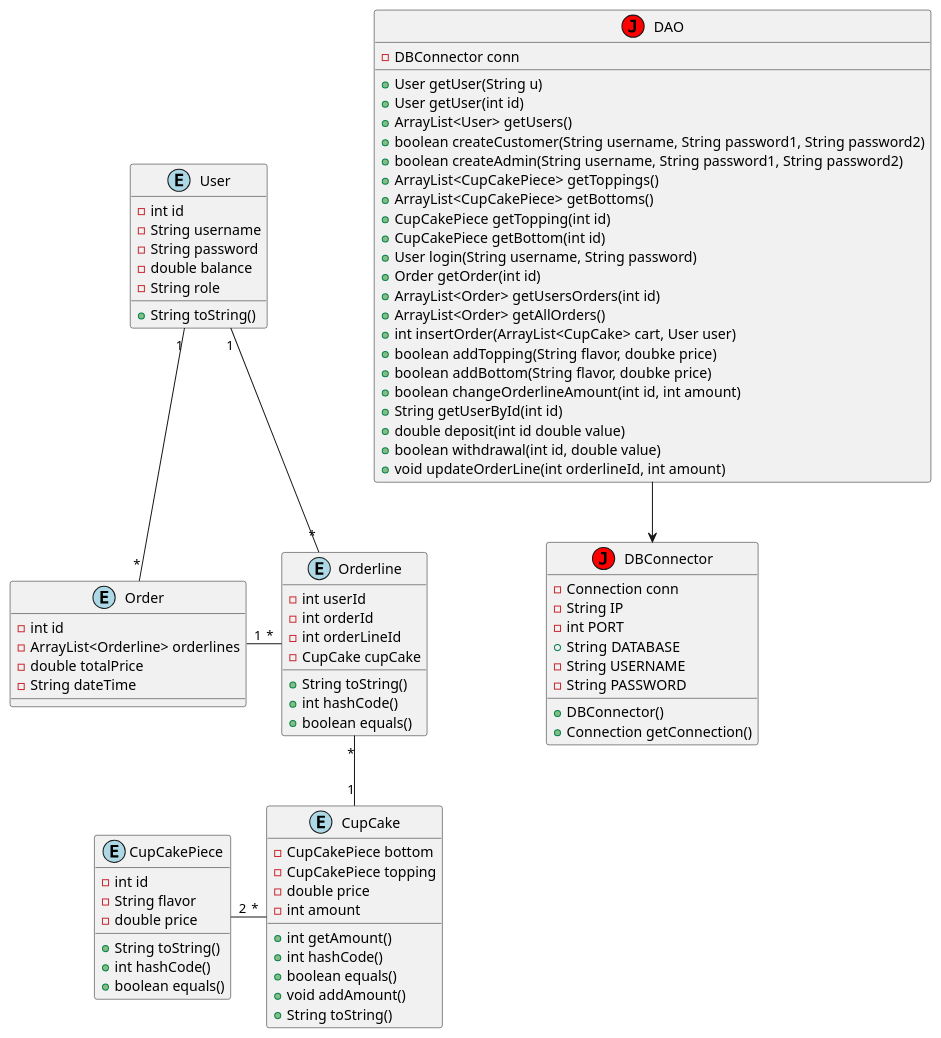
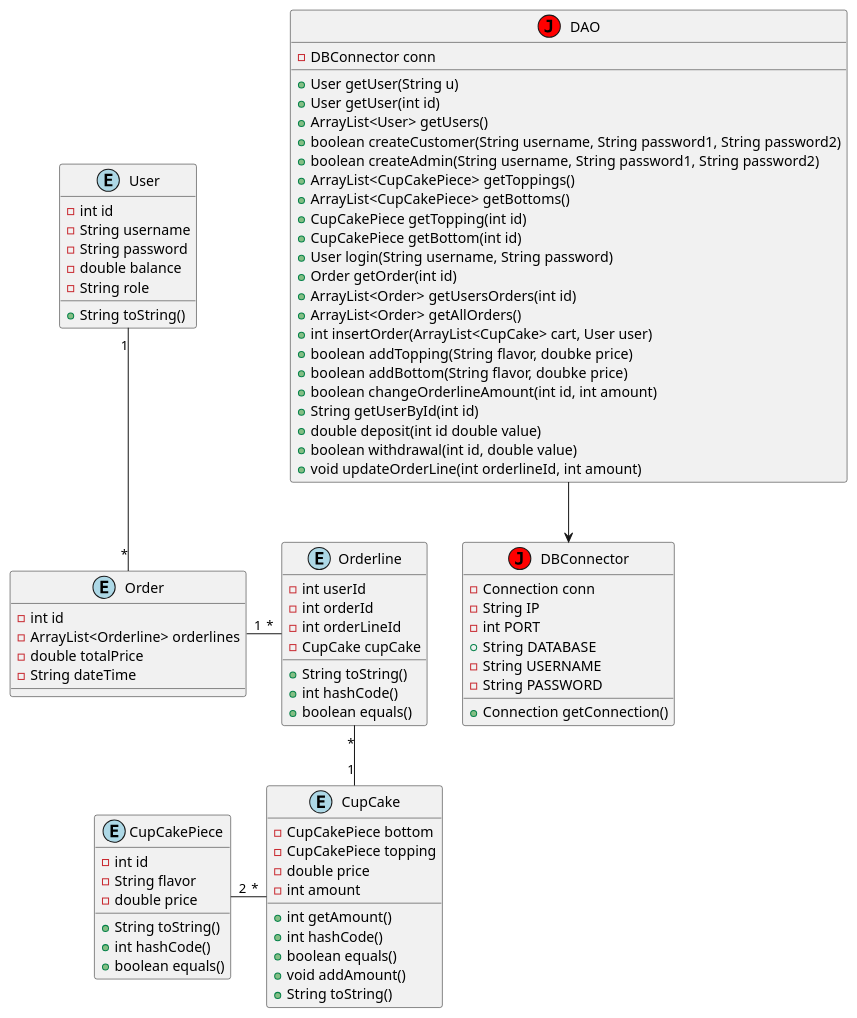
The diagram in src/main/java/UML/ClassDiagram.puml (NikolajX4000/CupCakeWebShop), drawn with PlantUML before and after one commit. The commit also changed 1 other file, not shown here.

```diff
--- a/src/main/java/UML/ClassDiagram.puml
+++ b/src/main/java/UML/ClassDiagram.puml
@@ -1,83 +1,81 @@
 @startuml
 
 skinparam shadowing false
 
 class DAO << (J,red) >>
 class DBConnector << (J,red) >>
 class CupCake << (E,lightblue) >>
 class CupCakePiece << (E,lightblue) >>
 class Order << (E,lightblue) >>
 class Orderline << (E,lightblue) >>
 class User << (E,lightblue) >>
 
 CupCake : - CupCakePiece bottom
 CupCake : - CupCakePiece topping
 CupCake : - double price
 CupCake : - int amount
 CupCake : + int getAmount()
 CupCake : + int hashCode()
 CupCake : + boolean equals()
 CupCake : + void addAmount()
 CupCake : + String toString()
 CupCakePiece : - int id
 CupCakePiece : - String flavor
 CupCakePiece : - double price
 CupCakePiece : + String toString()
 CupCakePiece : + int hashCode()
 CupCakePiece : + boolean equals()
 Order : - int id
 Order : - ArrayList<Orderline> orderlines
 Order : - double totalPrice
 Order : - String dateTime
 Orderline : - int userId
 Orderline : - int orderId
 Orderline : - int orderLineId
 Orderline : - CupCake cupCake
 Orderline : + String toString()
 Orderline : + int hashCode()
 Orderline : + boolean equals()
 User : - int id
 User : - String username
 User : - String password
 User : - double balance
 User : - String role
 User : + String toString()
 DAO : - DBConnector conn
 DAO : + User getUser(String u)
 DAO : + User getUser(int id)
 DAO : + ArrayList<User> getUsers()
 DAO : + boolean createCustomer(String username, String password1, String password2)
 DAO : + boolean createAdmin(String username, String password1, String password2)
 DAO : + ArrayList<CupCakePiece> getToppings()
 DAO : + ArrayList<CupCakePiece> getBottoms()
 DAO : + CupCakePiece getTopping(int id)
 DAO : + CupCakePiece getBottom(int id)
 DAO : + User login(String username, String password)
 DAO : + Order getOrder(int id)
 DAO : + ArrayList<Order> getUsersOrders(int id)
 DAO : + ArrayList<Order> getAllOrders()
 DAO : + int insertOrder(ArrayList<CupCake> cart, User user)
 DAO : + boolean addTopping(String flavor, doubke price)
 DAO : + boolean addBottom(String flavor, doubke price)
 DAO : + boolean changeOrderlineAmount(int id, int amount)
 DAO : + String getUserById(int id)
 DAO : + double deposit(int id double value)
 DAO : + boolean withdrawal(int id, double value)
 DAO : + void updateOrderLine(int orderlineId, int amount)
 DBConnector : - Connection conn
 DBConnector : - String IP
 DBConnector : - int PORT
 DBConnector : + String DATABASE
 DBConnector : - String USERNAME
 DBConnector : - String PASSWORD
-DBConnector : + DBConnector()
 DBConnector : + Connection getConnection()
 
 CupCake "*" -left- "2" CupCakePiece
 Order "1" -right- "*" Orderline
 Orderline "*" -- "1" CupCake
 User "1" -- "*" Order
-User "1" -- "*" Orderline
 DAO --> DBConnector
 
 @enduml
```
